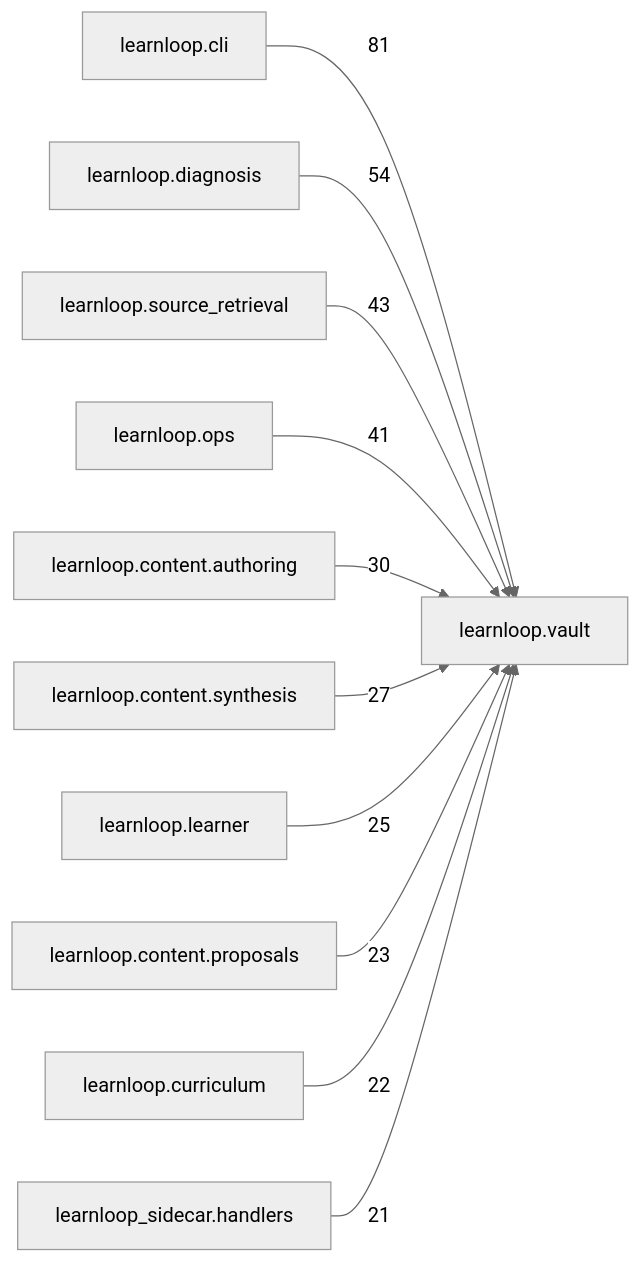
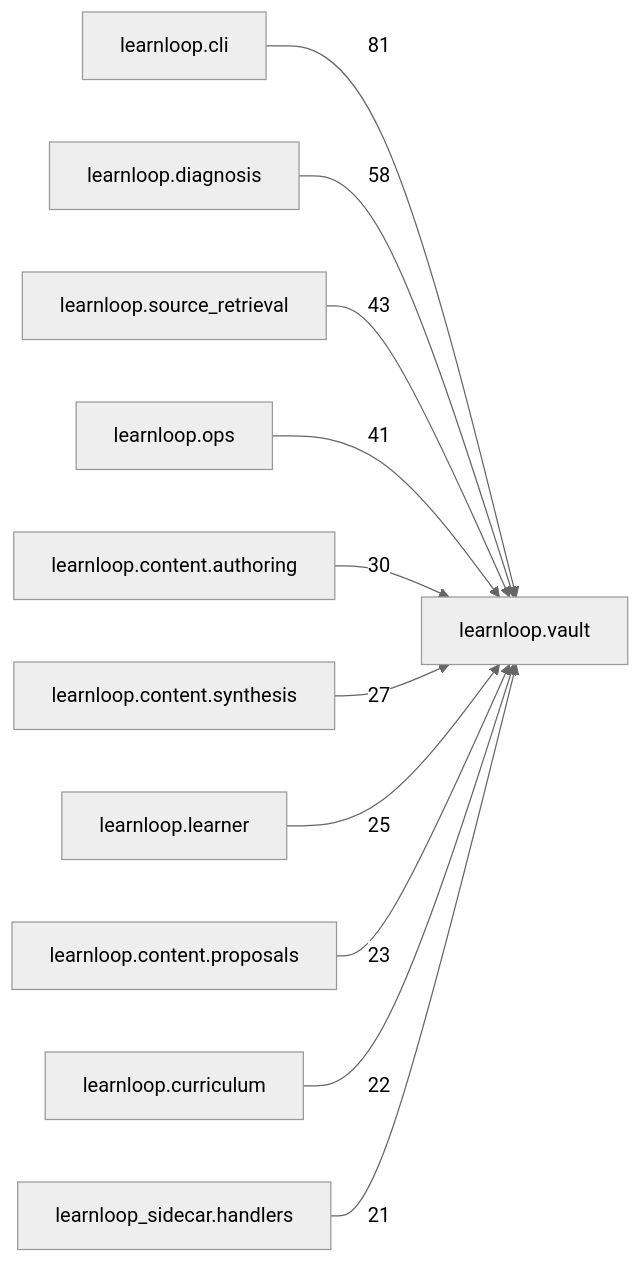
The diagram in docs/learnloop-architecture-vault/Reference/Modules/learnloop/vault/_package.md (6up-b/learnanything), drawn with Mermaid (neutral theme) before and after one commit. The commit also changed other lines of this file and 66 other files, not shown here.

````diff
--- a/docs/learnloop-architecture-vault/Reference/Modules/learnloop/vault/_package.md
+++ b/docs/learnloop-architecture-vault/Reference/Modules/learnloop/vault/_package.md
@@ -137,24 +137,24 @@
 ```mermaid
 flowchart LR
     center["learnloop.vault"]
     n_learnloop_cli["learnloop.cli"]
     n_learnloop_diagnosis["learnloop.diagnosis"]
     n_learnloop_source_retrieval["learnloop.source_retrieval"]
     n_learnloop_ops["learnloop.ops"]
     n_learnloop_content_authoring["learnloop.content.authoring"]
     n_learnloop_content_synthesis["learnloop.content.synthesis"]
     n_learnloop_learner["learnloop.learner"]
     n_learnloop_content_proposals["learnloop.content.proposals"]
     n_learnloop_curriculum["learnloop.curriculum"]
     n_learnloop_sidecar_handlers["learnloop_sidecar.handlers"]
     n_learnloop_cli -->|81| center
-    n_learnloop_diagnosis -->|54| center
+    n_learnloop_diagnosis -->|58| center
     n_learnloop_source_retrieval -->|43| center
     n_learnloop_ops -->|41| center
     n_learnloop_content_authoring -->|30| center
     n_learnloop_content_synthesis -->|27| center
     n_learnloop_learner -->|25| center
     n_learnloop_content_proposals -->|23| center
     n_learnloop_curriculum -->|22| center
     n_learnloop_sidecar_handlers -->|21| center
 ```
````
